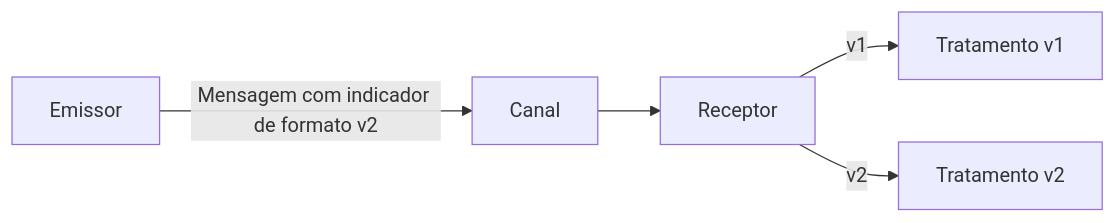
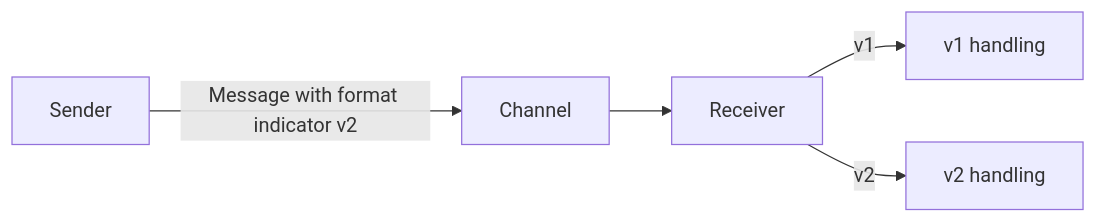
The diagram in docs/architecture/eip/message-construction/format-indicator.md (alancesar/design-patterns), drawn with Mermaid before and after one commit. The commit also changed 258 other files, not shown here.

First line of the commit message:
Translate Mermaid diagrams to English

````diff
--- a/docs/architecture/eip/message-construction/format-indicator.md
+++ b/docs/architecture/eip/message-construction/format-indicator.md
@@ -50,7 +50,7 @@
 ```mermaid
 flowchart LR
-    E["Emissor"] -->|"Mensagem com indicador de formato v2"| C["Canal"]
-    C --> R["Receptor"]
-    R -->|"v1"| H1["Tratamento v1"]
-    R -->|"v2"| H2["Tratamento v2"]
+    E["Sender"] -->|"Message with format indicator v2"| C["Channel"]
+    C --> R["Receiver"]
+    R -->|"v1"| H1["v1 handling"]
+    R -->|"v2"| H2["v2 handling"]
 ```
````
